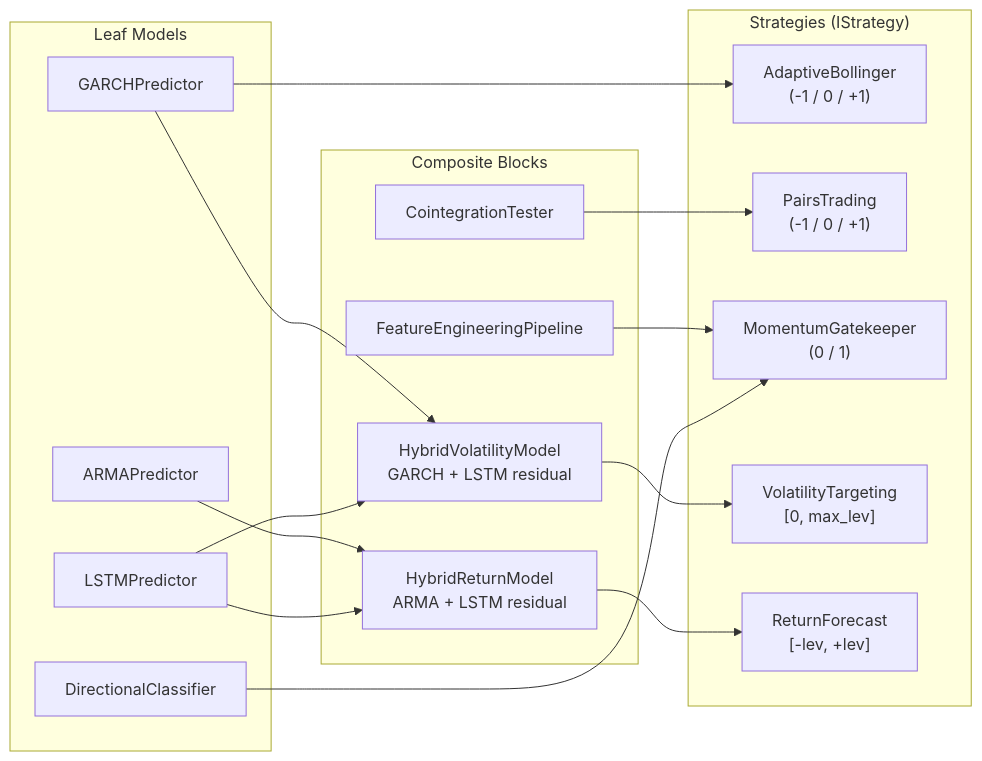
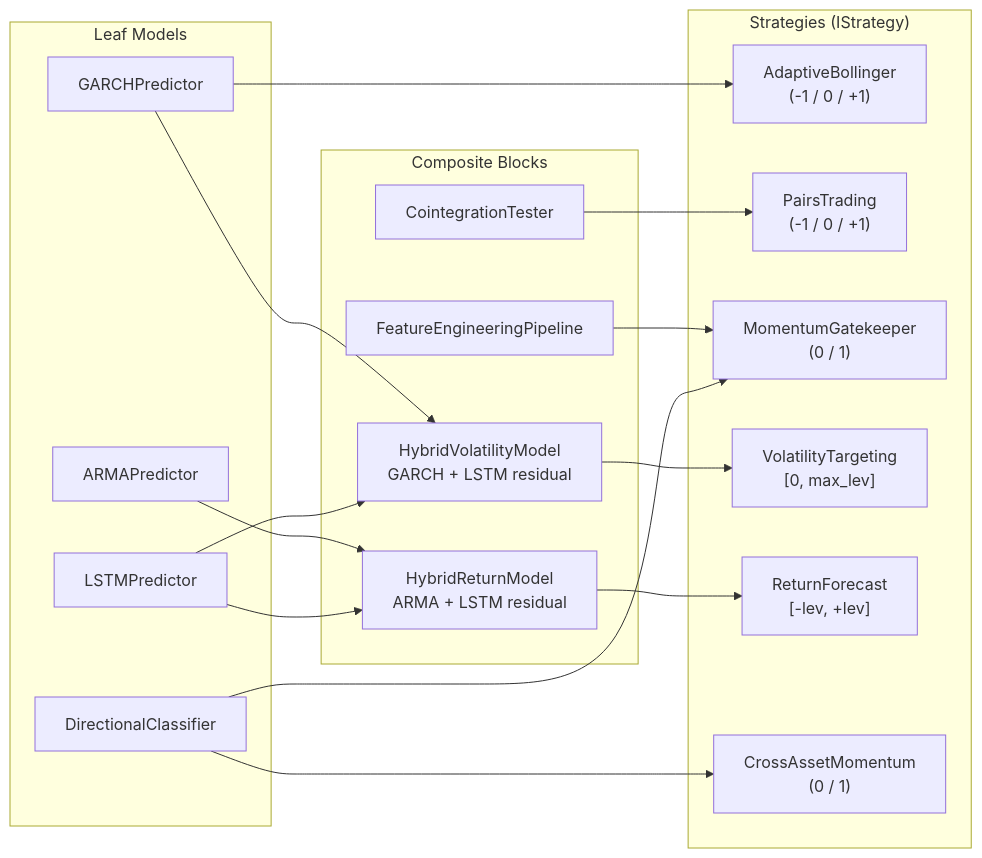
Before and after one commit to Alextz307/quantforge: the second of 5 diagrams in README.md, drawn with Mermaid. The commit also changed other lines of this file and 358 other files, not shown here.

````diff
--- a/README.md
+++ b/README.md
@@ -83,32 +83,34 @@
 ```mermaid
 graph LR
     subgraph leaves["Leaf Models"]
         GARCH["GARCHPredictor"]
         ARMA["ARMAPredictor"]
         LSTM["LSTMPredictor"]
         XGB["DirectionalClassifier"]
     end
     subgraph blocks["Composite Blocks"]
         HV["HybridVolatilityModel<br/>GARCH + LSTM residual"]
         HR["HybridReturnModel<br/>ARMA + LSTM residual"]
         FP["FeatureEngineeringPipeline"]
         CT["CointegrationTester"]
     end
     subgraph strategies["Strategies (IStrategy)"]
         AB["AdaptiveBollinger<br/>(-1 / 0 / +1)"]
         PT["PairsTrading<br/>(-1 / 0 / +1)"]
         MG["MomentumGatekeeper<br/>(0 / 1)"]
         VT["VolatilityTargeting<br/>[0, max_lev]"]
         RF["ReturnForecast<br/>[-lev, +lev]"]
+        CAM["CrossAssetMomentum<br/>(0 / 1)"]
     end
     GARCH --> HV
     LSTM --> HV
     ARMA --> HR
     LSTM --> HR
     GARCH --> AB
     CT --> PT
     FP --> MG
     XGB --> MG
+    XGB --> CAM
     HV --> VT
     HR --> RF
 ```
````
